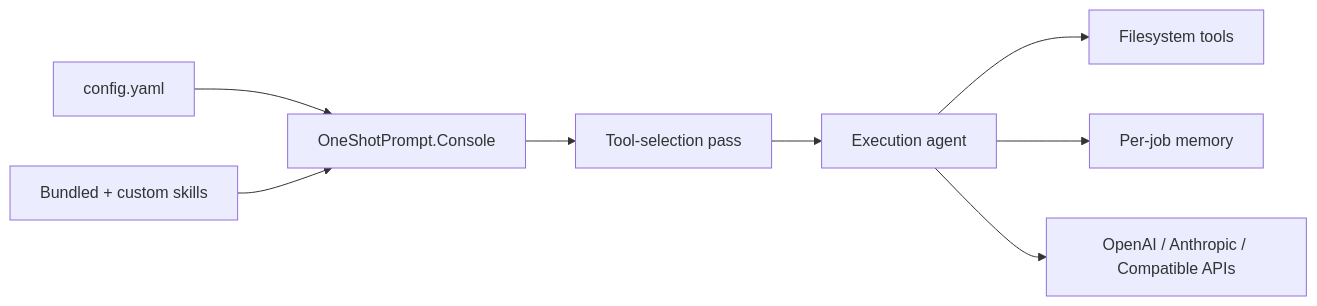
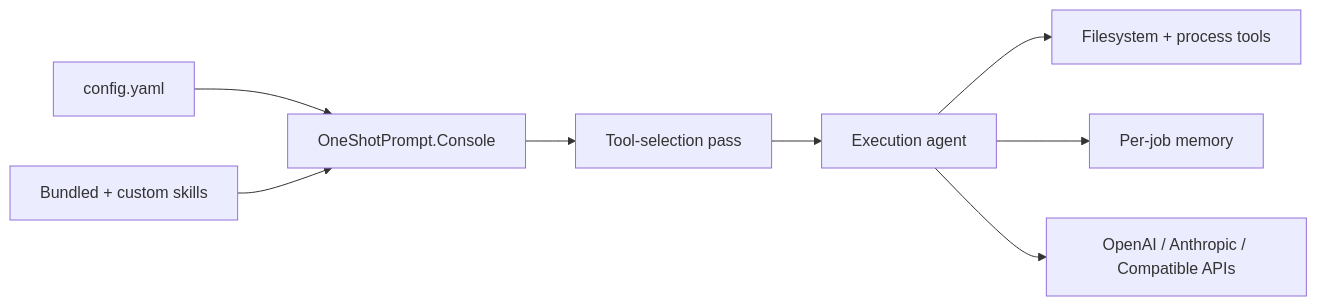
Before and after one commit to jihadkhawaja/OneShotPrompt: the diagram in README.md, drawn with Mermaid. The commit also changed other lines of this file and 10 other files, not shown here.

Commit message:
feat: Enhance tool capabilities with new process execution and file inspection tools

````diff
--- a/README.md
+++ b/README.md
@@ -18,10 +18,10 @@
 ```mermaid
 flowchart LR
 	Config["config.yaml"] --> Console["OneShotPrompt.Console"]
 	Skills["Bundled + custom skills"] --> Console
 	Console --> Selector["Tool-selection pass"]
 	Selector --> Agent["Execution agent"]
-	Agent --> Tools["Filesystem tools"]
+	Agent --> Tools["Filesystem + process tools"]
 	Agent --> Memory["Per-job memory"]
 	Agent --> Providers["OpenAI / Anthropic / Compatible APIs"]
 ```
````
